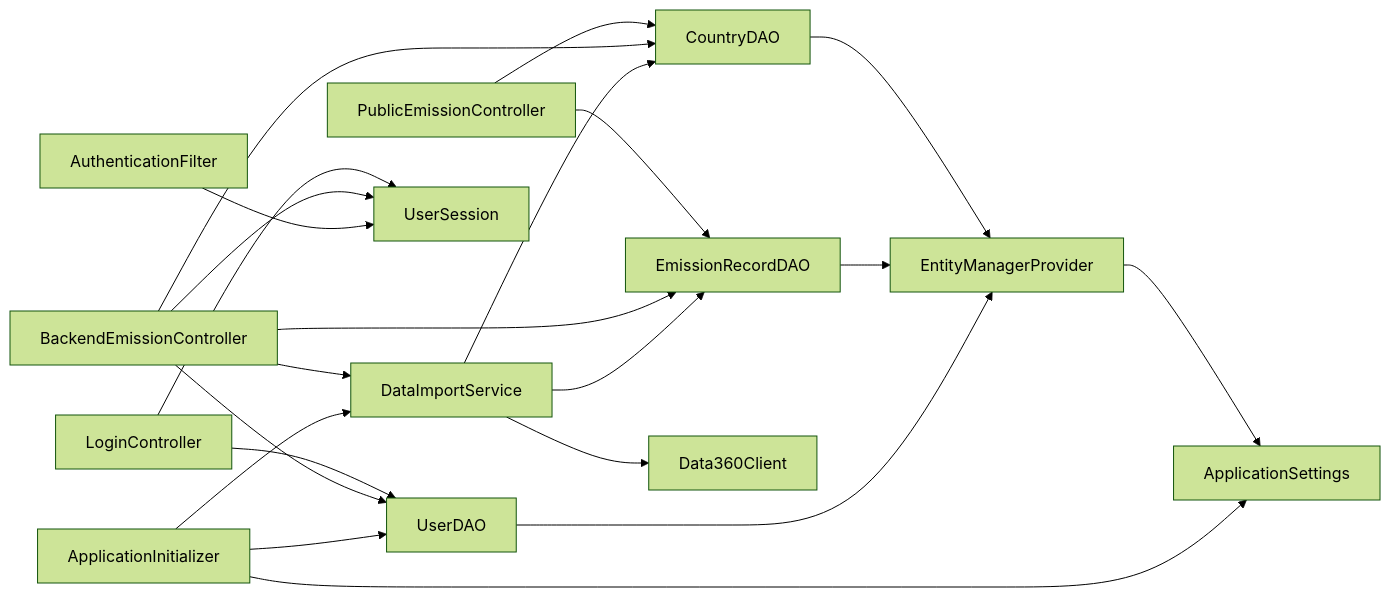
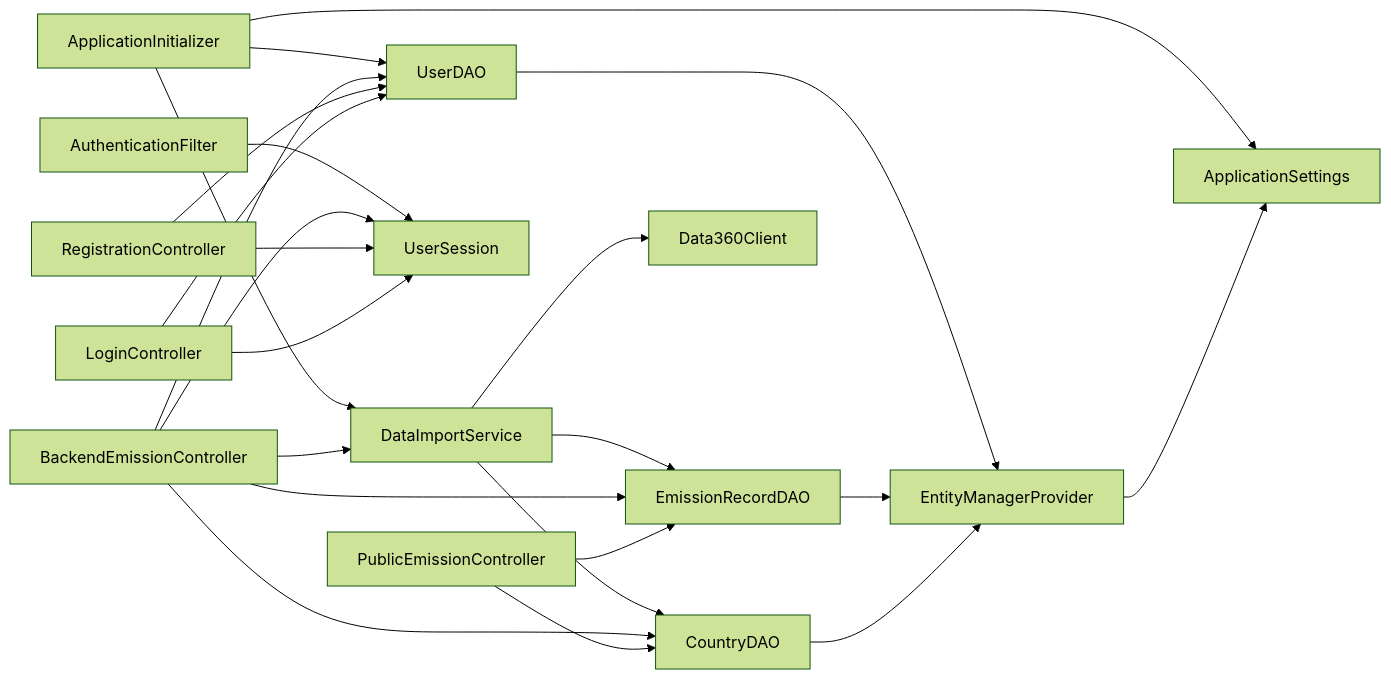
The second of 11 diagrams in LikeHeroToZero/docs/projektdokumentation.md (andreasBraeumer/LikeHeroToZero), drawn with Mermaid (forest theme) before and after one commit. The commit also changed other lines of this file and 13 other files, not shown here.

````diff
--- a/LikeHeroToZero/docs/projektdokumentation.md
+++ b/LikeHeroToZero/docs/projektdokumentation.md
@@ -223,23 +226,25 @@
 ```mermaid
 flowchart LR
     PEC[PublicEmissionController] --> CD[CountryDAO]
     PEC --> ERD[EmissionRecordDAO]
     LC[LoginController] --> UD[UserDAO]
     LC --> US[UserSession]
+    RC[RegistrationController] --> UD
+    RC --> US
     BEC[BackendEmissionController] --> ERD
     BEC --> CD
     BEC --> UD
     BEC --> US
     BEC --> DIS[DataImportService]
     AF[AuthenticationFilter] --> US
     AI[ApplicationInitializer] --> UD
     AI --> DIS
     DIS --> CD
     DIS --> ERD
     DIS --> DC[Data360Client]
     CD --> EMP[EntityManagerProvider]
     ERD --> EMP
     UD --> EMP
     EMP --> AS[ApplicationSettings]
     AI --> AS
 ```
````
